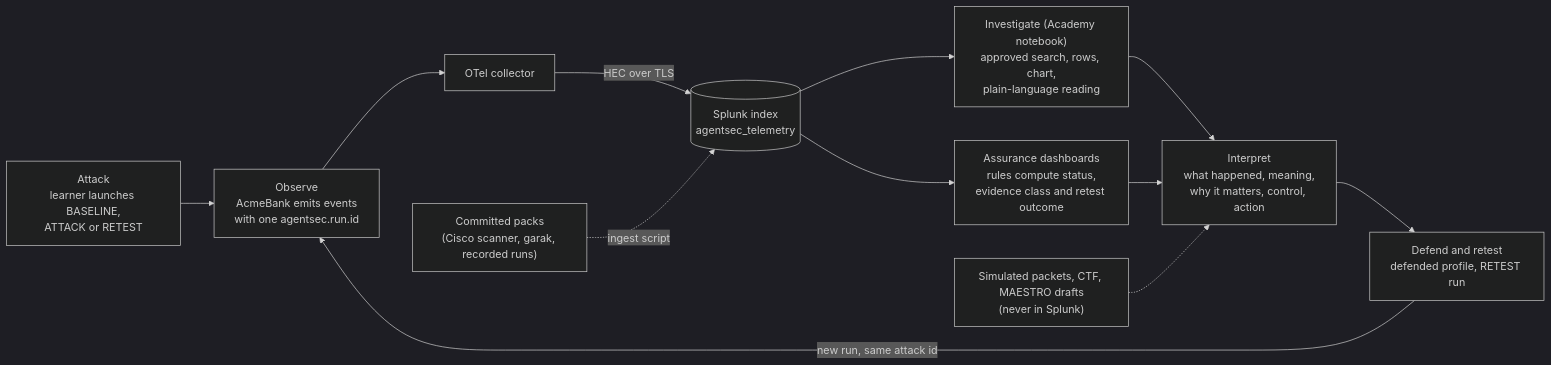
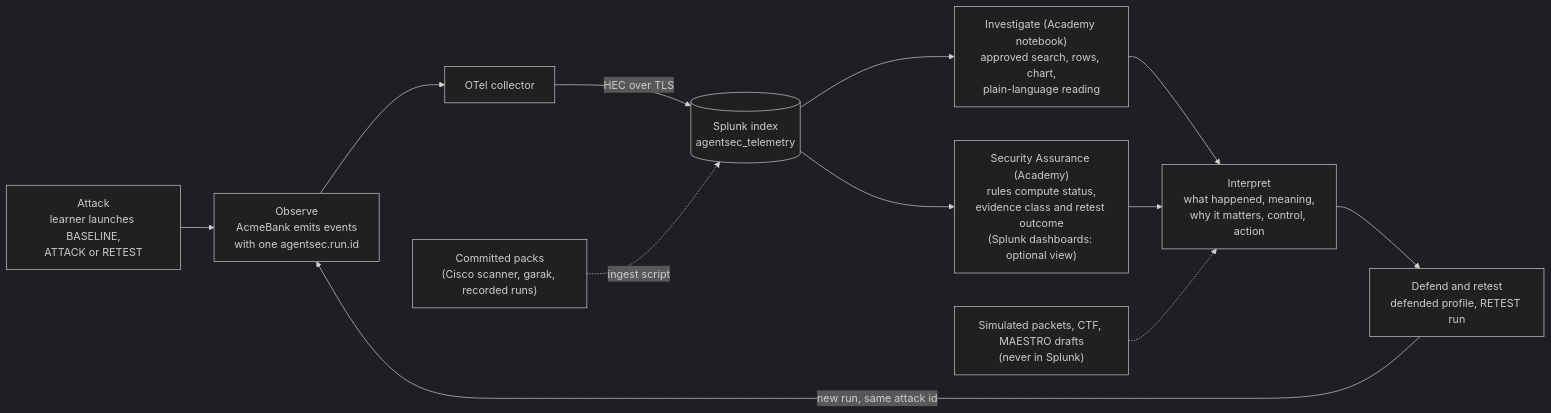
The second of 8 diagrams in docs/VISUAL_GUIDE.md (machowdhury/AgentSecLab), drawn with Mermaid (dark theme) before and after one commit. The commit also changed other lines of this file and 11 other files, not shown here.

First line of the commit message:
docs: Academy-native Security Assurance is the primary workflow

````diff
--- a/docs/VISUAL_GUIDE.md
+++ b/docs/VISUAL_GUIDE.md
@@ -52,14 +52,14 @@
 ```mermaid
 flowchart LR
   A["Attack<br/>learner launches BASELINE,<br/>ATTACK or RETEST"] --> O["Observe<br/>AcmeBank emits events<br/>with one agentsec.run.id"]
   O --> C["OTel collector"]
   C -->|"HEC over TLS"| S[("Splunk index<br/>agentsec_telemetry")]
   P["Committed packs<br/>(Cisco scanner, garak, recorded runs)"] -.->|"ingest script"| S
   S --> I["Investigate (Academy notebook)<br/>approved search, rows, chart,<br/>plain-language reading"]
-  S --> D["Assurance dashboards<br/>rules compute status,<br/>evidence class and retest outcome"]
+  S --> D["Security Assurance (Academy)<br/>rules compute status,<br/>evidence class and retest outcome<br/>(Splunk dashboards: optional view)"]
   I --> E["Interpret<br/>what happened, meaning,<br/>why it matters, control, action"]
   D --> E
   E --> R["Defend and retest<br/>defended profile, RETEST run"]
   R -->|"new run, same attack id"| O
   SIM["Simulated packets, CTF, MAESTRO drafts<br/>(never in Splunk)"] -.-> E
 ```
````
